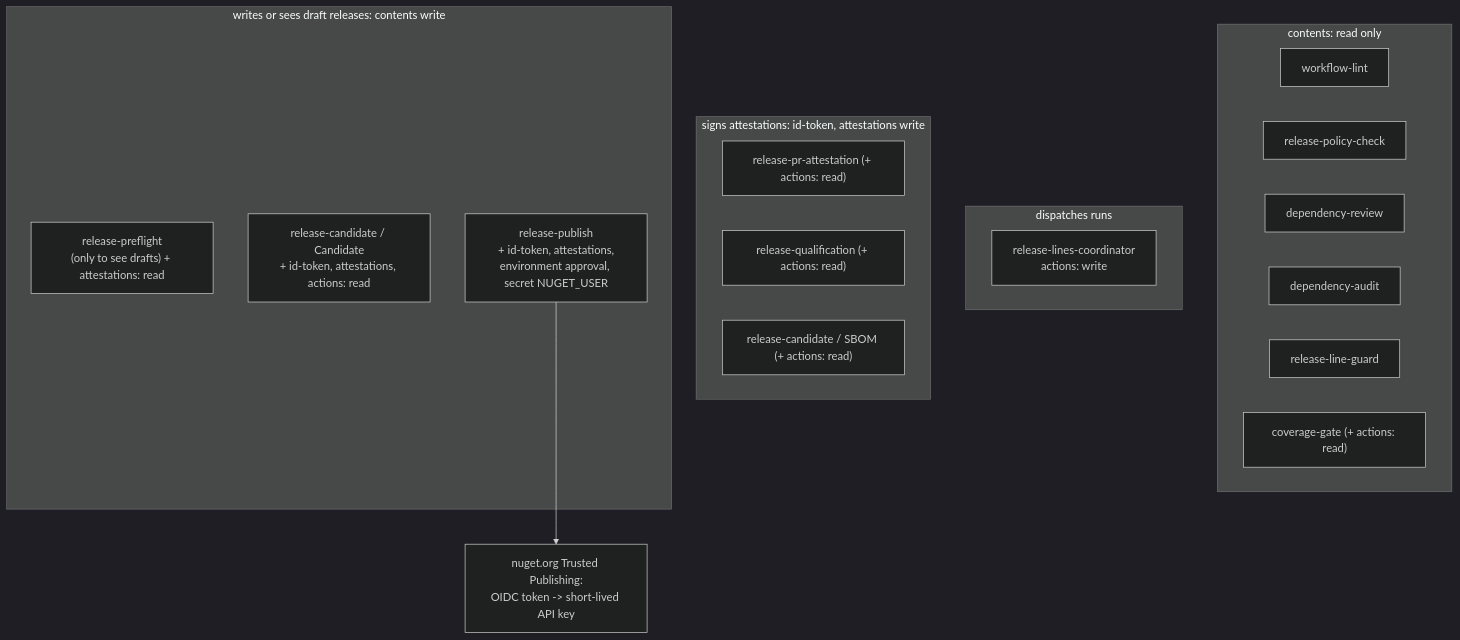
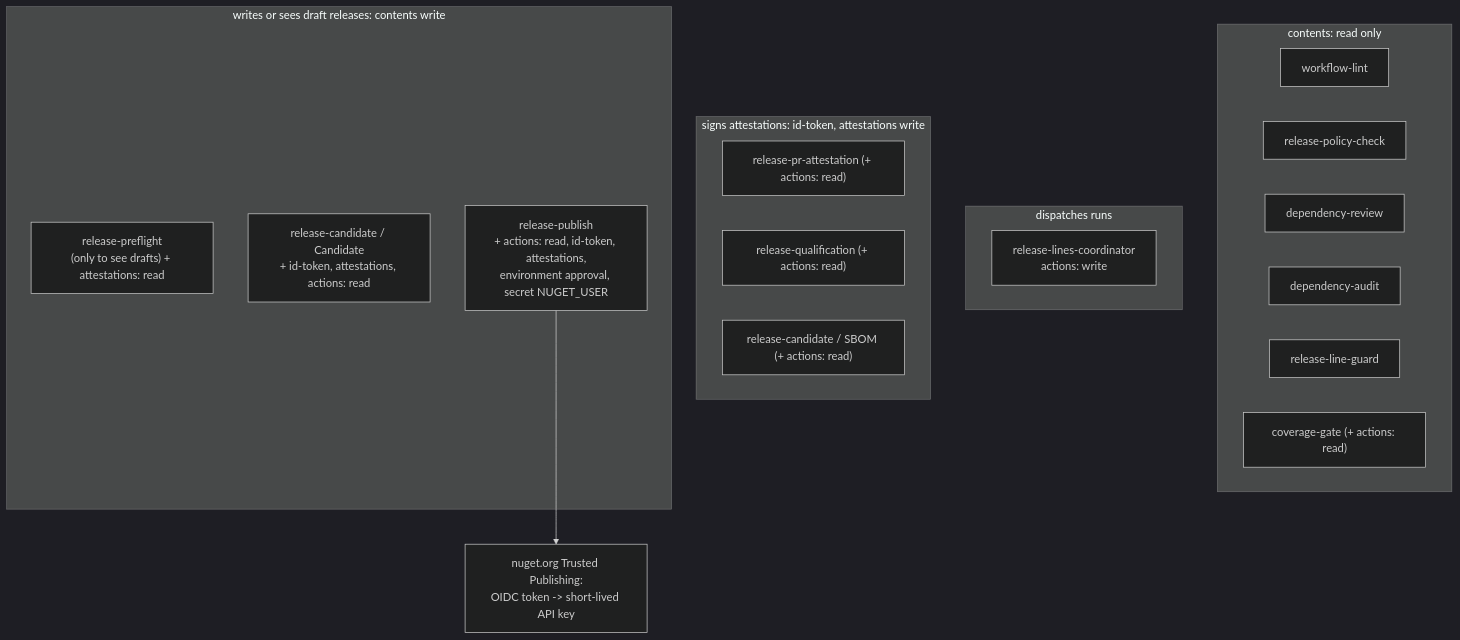
One commit to doka-labs/workflows changed diagram 15 of 19 in docs/overview.md. Above: the diagram before and after it, drawn with Mermaid (dark theme). The commit also changed other lines of this file and 25 other files, not shown here.

````diff
--- a/docs/overview.md
+++ b/docs/overview.md
@@ -368,25 +369,25 @@
 ```mermaid
 flowchart TB
   subgraph read["contents: read only"]
     r1["workflow-lint"]
     r2["release-policy-check"]
     r3["dependency-review"]
     r4["dependency-audit"]
     r5["release-line-guard"]
     r6["coverage-gate (+ actions: read)"]
   end
   subgraph dispatch["dispatches runs"]
     d1["release-lines-coordinator<br/>actions: write"]
   end
   subgraph attest["signs attestations: id-token, attestations write"]
     a1["release-pr-attestation (+ actions: read)"]
     a2["release-qualification (+ actions: read)"]
     a3["release-candidate / SBOM (+ actions: read)"]
   end
   subgraph releases["writes or sees draft releases: contents write"]
     w1["release-preflight<br/>(only to see drafts) + attestations: read"]
     w2["release-candidate / Candidate<br/>+ id-token, attestations, actions: read"]
-    w3["release-publish<br/>+ id-token, attestations,<br/>environment approval, secret NUGET_USER"]
+    w3["release-publish<br/>+ actions: read, id-token, attestations,<br/>environment approval, secret NUGET_USER"]
   end
   w3 --> nuget["nuget.org Trusted Publishing:<br/>OIDC token -> short-lived API key"]
 ```
````
